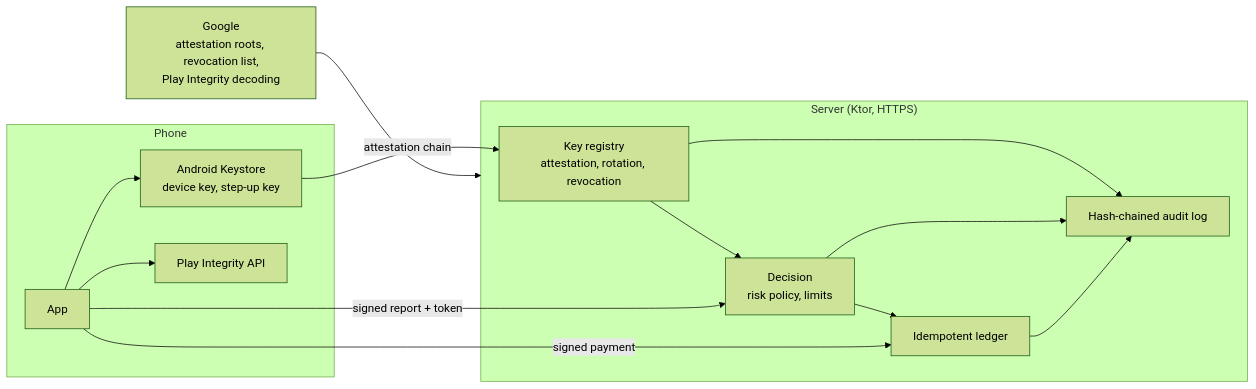
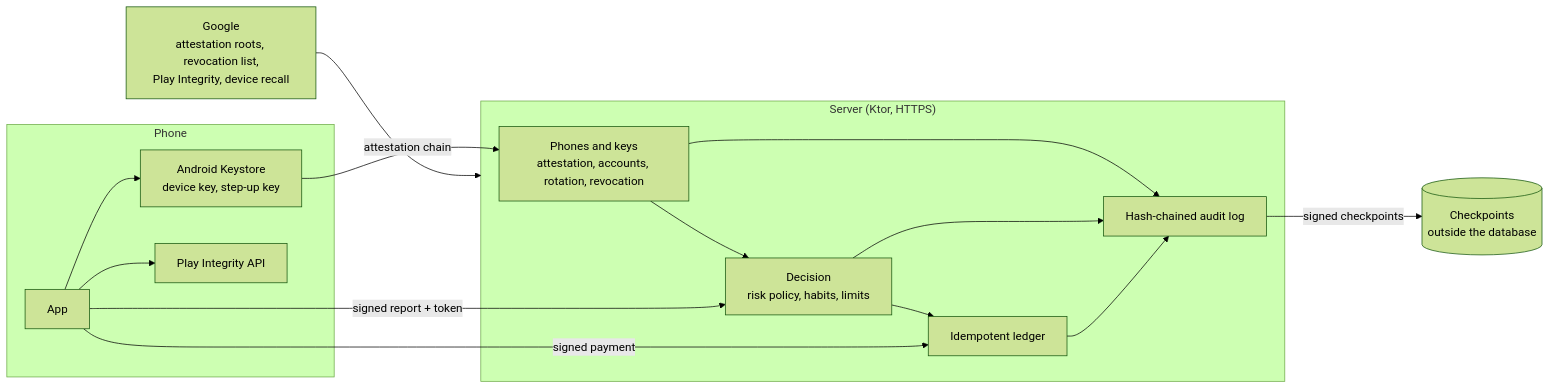
Before and after one commit to fattah247/trustgate-android: the second of 2 diagrams in README.md, drawn with Mermaid (forest theme). The commit also changed other lines of this file and 7 other files, not shown here.

First line of the commit message:
documentation: describe payment binding, accounts, habits, device recall, anchoring, fuzzing and provenance

````diff
--- a/README.md
+++ b/README.md
@@ -90,16 +96,17 @@
 ```mermaid
 flowchart LR
     subgraph Phone
         A[App] --> K[Android Keystore<br/>device key, step-up key]
         A --> PI[Play Integrity API]
     end
     subgraph Server["Server (Ktor, HTTPS)"]
-        R[Key registry<br/>attestation, rotation, revocation] --> D[Decision<br/>risk policy, limits]
+        R[Phones and keys<br/>attestation, accounts, rotation, revocation] --> D[Decision<br/>risk policy, habits, limits]
         D --> P[Idempotent ledger]
         R & D & P --> L[Hash-chained audit log]
     end
-    G[Google<br/>attestation roots, revocation list,<br/>Play Integrity decoding] --> Server
+    L -- signed checkpoints --> C[(Checkpoints<br/>outside the database)]
+    G[Google<br/>attestation roots, revocation list,<br/>Play Integrity, device recall] --> Server
     K -- attestation chain --> R
     A -- signed report + token --> D
     A -- signed payment --> P
 ```
````
